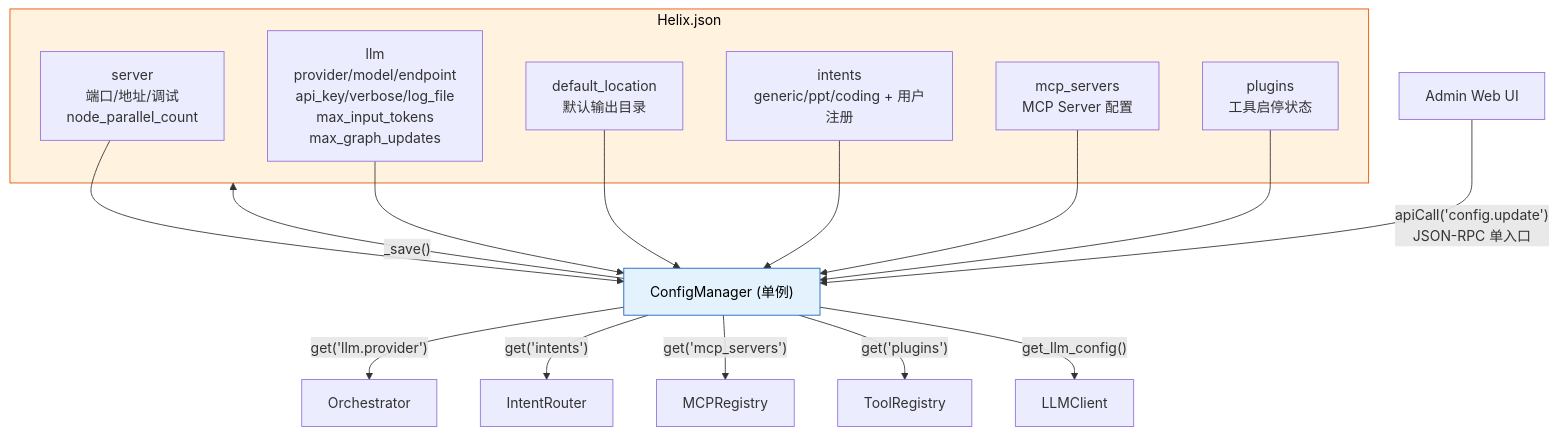
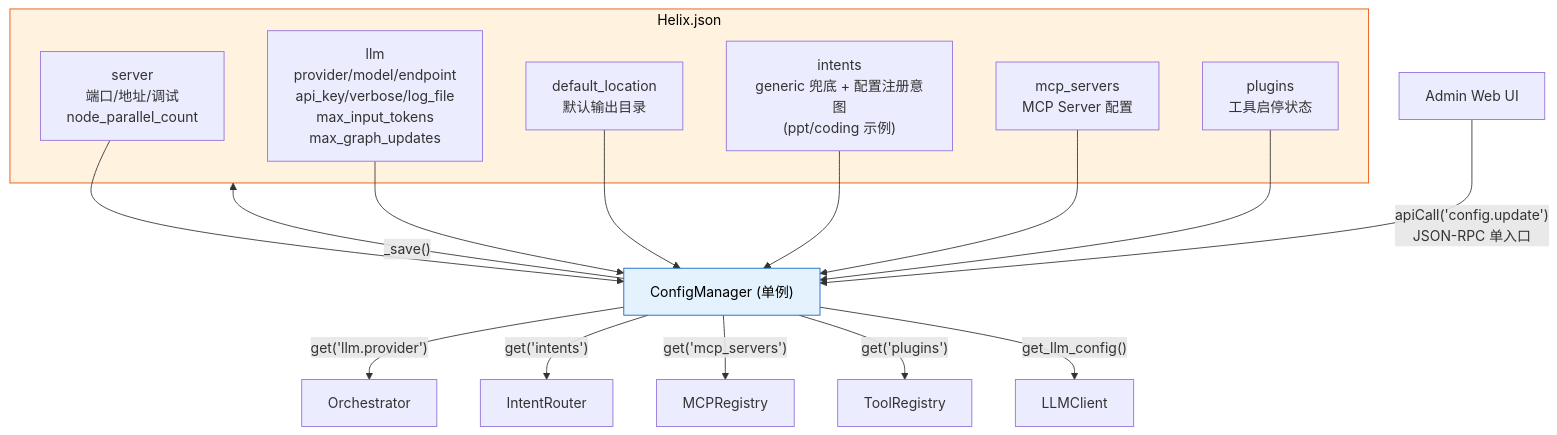
One commit to jimmylang74/Helix changed diagram 13 of 16 in doc/design.md. Above: the diagram before and after it, drawn with Mermaid. The commit also changed other lines of this file and 23 other files, not shown here.

````diff
--- a/doc/design.md
+++ b/doc/design.md
@@ -905,32 +904,32 @@
 ```mermaid
 graph TB
     subgraph Config["Helix.json"]
         S["server<br/>端口/地址/调试<br/>node_parallel_count"]
         L["llm<br/>provider/model/endpoint<br/>api_key/verbose/log_file<br/>max_input_tokens<br/>max_graph_updates"]
         D["default_location<br/>默认输出目录"]
-        I["intents<br/>generic/ppt/coding + 用户注册"]
+        I["intents<br/>generic 兜底 + 配置注册意图<br/>(ppt/coding 示例)"]
         M["mcp_servers<br/>MCP Server 配置"]
         P["plugins<br/>工具启停状态"]
     end
 
     CM["ConfigManager (单例)"]
 
     S --> CM
     L --> CM
     D --> CM
     I --> CM
     M --> CM
     P --> CM
 
     CM -->|"get('llm.provider')"| ORCH["Orchestrator"]
     CM -->|"get('intents')"| IR["IntentRouter"]
     CM -->|"get('mcp_servers')"| MR["MCPRegistry"]
     CM -->|"get('plugins')"| TR["ToolRegistry"]
     CM -->|"get_llm_config()"| LLM["LLMClient"]
 
     ADMIN["Admin Web UI"] -->|"apiCall('config.update')<br/>JSON-RPC 单入口"| CM
     CM -->|"_save()"| Config
 
     style Config fill:#fff3e0,stroke:#e65100,color:#000
     style CM fill:#e3f2fd,stroke:#1565c0,color:#000
 ```
````
